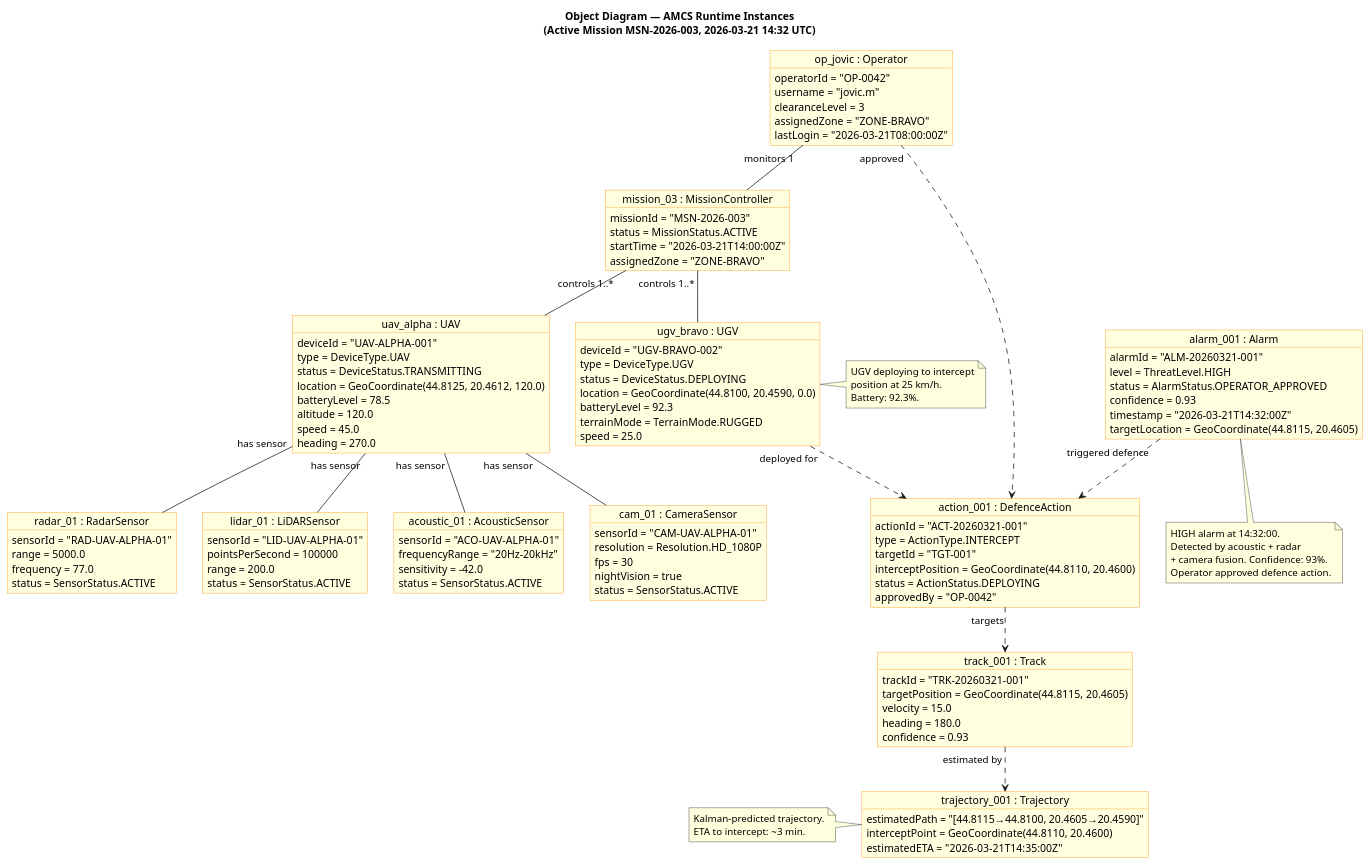
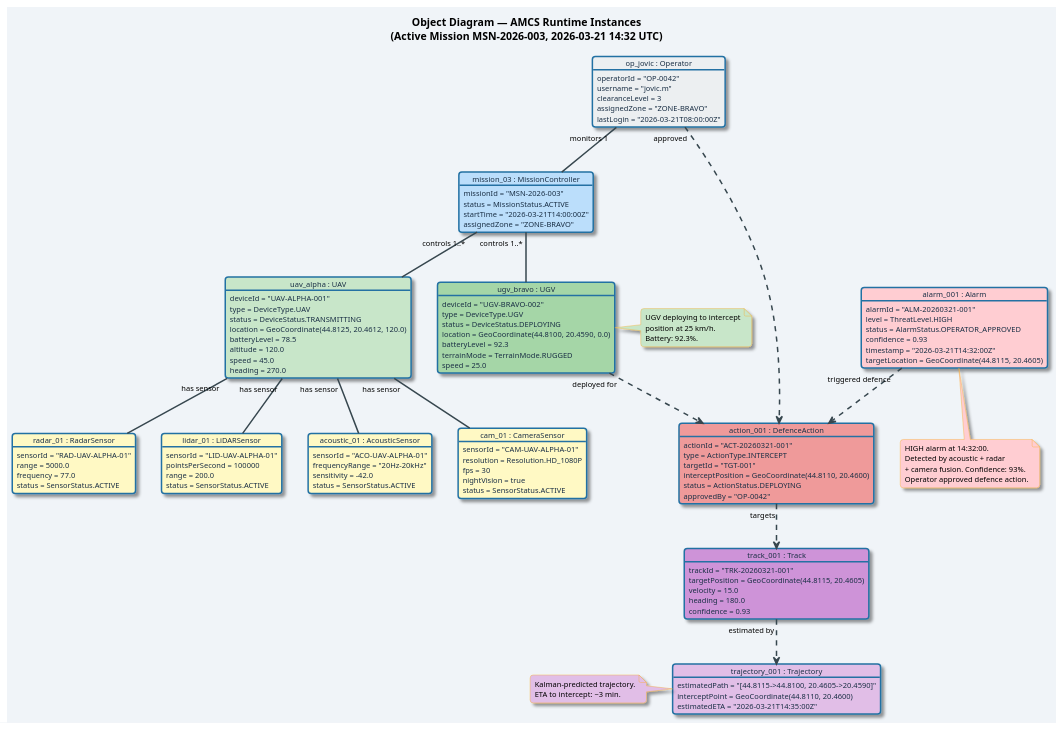
The diagram in projektovanje-softvera/diagrams/object/object_diagram.puml (ministar016/ACS), drawn with PlantUML before and after one commit. The commit also changed 15 other files, not shown here.

```diff
--- a/projektovanje-softvera/diagrams/object/object_diagram.puml
+++ b/projektovanje-softvera/diagrams/object/object_diagram.puml
@@ -1,157 +1,172 @@
 @startuml object_diagram
 title Object Diagram — AMCS Runtime Instances\n(Active Mission MSN-2026-003, 2026-03-21 14:32 UTC)
 
+skinparam backgroundColor #F0F4F8
+skinparam shadowing true
+skinparam defaultFontName Helvetica
+skinparam defaultFontSize 10
+skinparam roundCorner 8
+
 skinparam object {
-  BackgroundColor LightYellow
-  BorderColor DarkOrange
+  BackgroundColor #EAF4FB
+  BorderColor #2471A3
+  BorderThickness 2
+  FontColor #1A2F45
+  ArrowColor #37474F
+  ArrowThickness 2
+}
+
+skinparam note {
+  BackgroundColor #FFFDE7
+  BorderColor #F9A825
 }
 
 ' ============================================================
 ' MISSION
 ' ============================================================
-object "mission_03 : MissionController" as MISS {
+object "mission_03 : MissionController" as MISS #BBDEFB {
   missionId = "MSN-2026-003"
   status = MissionStatus.ACTIVE
   startTime = "2026-03-21T14:00:00Z"
   assignedZone = "ZONE-BRAVO"
 }
 
 ' ============================================================
 ' OPERATOR
 ' ============================================================
-object "op_jovic : Operator" as OP {
+object "op_jovic : Operator" as OP #ECEFF1 {
   operatorId = "OP-0042"
   username = "jovic.m"
   clearanceLevel = 3
   assignedZone = "ZONE-BRAVO"
   lastLogin = "2026-03-21T08:00:00Z"
 }
 
 ' ============================================================
 ' DEVICES
 ' ============================================================
-object "uav_alpha : UAV" as UAV {
+object "uav_alpha : UAV" as UAV #C8E6C9 {
   deviceId = "UAV-ALPHA-001"
   type = DeviceType.UAV
   status = DeviceStatus.TRANSMITTING
   location = GeoCoordinate(44.8125, 20.4612, 120.0)
   batteryLevel = 78.5
   altitude = 120.0
   speed = 45.0
   heading = 270.0
 }
 
-object "ugv_bravo : UGV" as UGV {
+object "ugv_bravo : UGV" as UGV #A5D6A7 {
   deviceId = "UGV-BRAVO-002"
   type = DeviceType.UGV
   status = DeviceStatus.DEPLOYING
   location = GeoCoordinate(44.8100, 20.4590, 0.0)
   batteryLevel = 92.3
   terrainMode = TerrainMode.RUGGED
   speed = 25.0
 }
 
 ' ============================================================
 ' SENSORS (on uav_alpha)
 ' ============================================================
-object "cam_01 : CameraSensor" as CAM {
+object "cam_01 : CameraSensor" as CAM #FFF9C4 {
   sensorId = "CAM-UAV-ALPHA-01"
   resolution = Resolution.HD_1080P
   fps = 30
   nightVision = true
   status = SensorStatus.ACTIVE
 }
 
-object "radar_01 : RadarSensor" as RAD {
+object "radar_01 : RadarSensor" as RAD #FFF9C4 {
   sensorId = "RAD-UAV-ALPHA-01"
   range = 5000.0
   frequency = 77.0
   status = SensorStatus.ACTIVE
 }
 
-object "lidar_01 : LiDARSensor" as LID {
+object "lidar_01 : LiDARSensor" as LID #FFF9C4 {
   sensorId = "LID-UAV-ALPHA-01"
   pointsPerSecond = 100000
   range = 200.0
   status = SensorStatus.ACTIVE
 }
 
-object "acoustic_01 : AcousticSensor" as ACOU {
+object "acoustic_01 : AcousticSensor" as ACOU #FFF9C4 {
   sensorId = "ACO-UAV-ALPHA-01"
   frequencyRange = "20Hz-20kHz"
   sensitivity = -42.0
   status = SensorStatus.ACTIVE
 }
 
 ' ============================================================
 ' ALARM & DEFENCE
 ' ============================================================
-object "alarm_001 : Alarm" as ALARM {
+object "alarm_001 : Alarm" as ALARM #FFCDD2 {
   alarmId = "ALM-20260321-001"
   level = ThreatLevel.HIGH
   status = AlarmStatus.OPERATOR_APPROVED
   confidence = 0.93
   timestamp = "2026-03-21T14:32:00Z"
   targetLocation = GeoCoordinate(44.8115, 20.4605)
 }
 
-object "action_001 : DefenceAction" as ACTION {
+object "action_001 : DefenceAction" as ACTION #EF9A9A {
   actionId = "ACT-20260321-001"
   type = ActionType.INTERCEPT
   targetId = "TGT-001"
   interceptPosition = GeoCoordinate(44.8110, 20.4600)
   status = ActionStatus.DEPLOYING
   approvedBy = "OP-0042"
 }
 
-object "track_001 : Track" as TRACK {
+object "track_001 : Track" as TRACK #CE93D8 {
   trackId = "TRK-20260321-001"
   targetPosition = GeoCoordinate(44.8115, 20.4605)
   velocity = 15.0
   heading = 180.0
   confidence = 0.93
 }
 
-object "trajectory_001 : Trajectory" as TRAJ {
-  estimatedPath = "[44.8115→44.8100, 20.4605→20.4590]"
+object "trajectory_001 : Trajectory" as TRAJ #E1BEE7 {
+  estimatedPath = "[44.8115->44.8100, 20.4605->20.4590]"
   interceptPoint = GeoCoordinate(44.8110, 20.4600)
   estimatedETA = "2026-03-21T14:35:00Z"
 }
 
 ' ============================================================
 ' LINKS
 ' ============================================================
 MISS "controls 1..*" -- UAV
 MISS "controls 1..*" -- UGV
 OP "monitors 1" -- MISS
 OP "approved" ..> ACTION
 
 UAV "has sensor" -- CAM
 UAV "has sensor" -- RAD
 UAV "has sensor" -- LID
 UAV "has sensor" -- ACOU
 
 ALARM "triggered defence" ..> ACTION
 ACTION "targets" ..> TRACK
 TRACK "estimated by" ..> TRAJ
 UGV "deployed for" ..> ACTION
 
-note bottom of ALARM
+note bottom of ALARM #FFCDD2
   HIGH alarm at 14:32:00.
   Detected by acoustic + radar
   + camera fusion. Confidence: 93%.
   Operator approved defence action.
 end note
 
-note right of UGV
+note right of UGV #C8E6C9
   UGV deploying to intercept
   position at 25 km/h.
   Battery: 92.3%.
 end note
 
-note left of TRAJ
+note left of TRAJ #E1BEE7
   Kalman-predicted trajectory.
   ETA to intercept: ~3 min.
 end note
 
 @enduml
```
